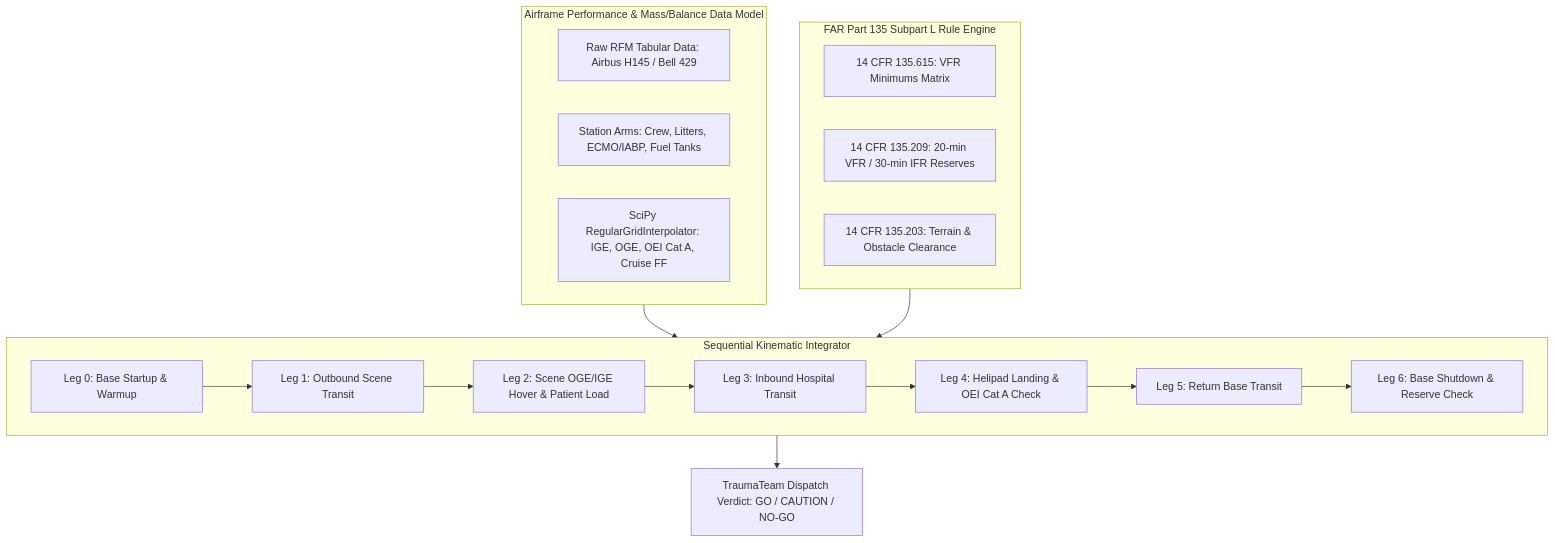
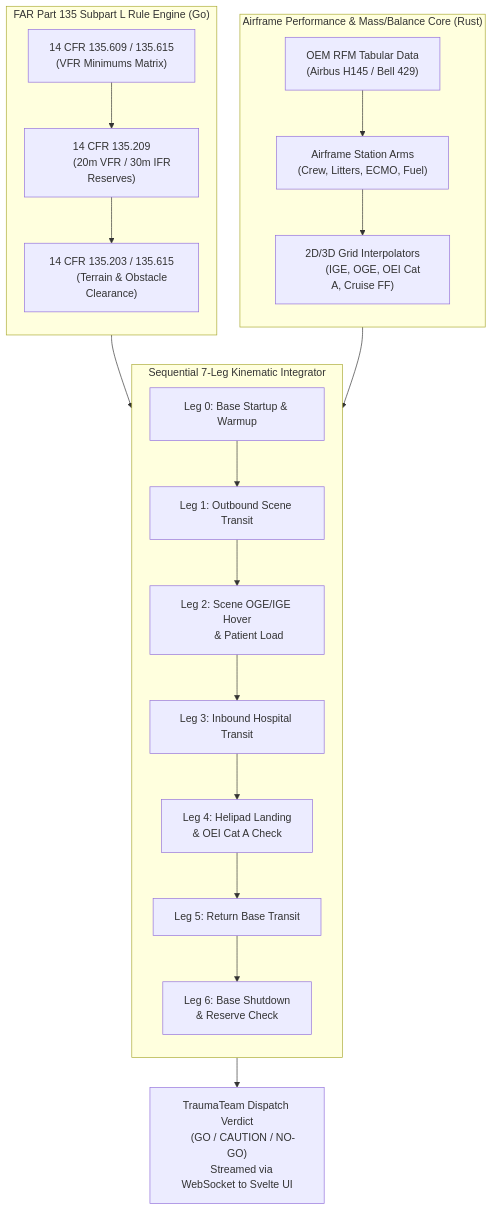
One commit to Cappuccino-san/Trauma-Team changed the diagram in README.md. Above: the diagram before and after it, drawn with Mermaid. The commit also changed other lines of this file and 2 other files, not shown here.

Commit message:
Update README System Architecture and format Mermaid diagram nodes for clear legibility

````diff
--- a/README.md
+++ b/README.md
@@ -19,27 +19,48 @@
 ```mermaid
+%%{init: {'flowchart': {'nodeSpacing': 35, 'rankSpacing': 45, 'padding': 16}}}%%
 flowchart TD
-    subgraph Data_Model ["Airframe Performance & Mass/Balance Data Model"]
-        RFM[Raw RFM Tabular Data: Airbus H145 / Bell 429]
-        STATIONS[Station Arms: Crew, Litters, ECMO/IABP, Fuel Tanks]
-        INTERP[SciPy RegularGridInterpolator: IGE, OGE, OEI Cat A, Cruise FF]
+    subgraph Data_Model ["Airframe Performance & Mass/Balance Core (Rust)"]
+        direction TB
+        RFM["OEM RFM Tabular Data
+        (Airbus H145 / Bell 429)"]
+        STATIONS["Airframe Station Arms
+        (Crew, Litters, ECMO, Fuel)"]
+        INTERP["2D/3D Grid Interpolators
+        (IGE, OGE, OEI Cat A, Cruise FF)"]
+        RFM --> STATIONS --> INTERP
     end
 
-    subgraph State_Machine ["Sequential Kinematic Integrator"]
-        LEG0[Leg 0: Base Startup & Warmup] --> LEG1[Leg 1: Outbound Scene Transit]
-        LEG1 --> LEG2[Leg 2: Scene OGE/IGE Hover & Patient Load]
-        LEG2 --> LEG3[Leg 3: Inbound Hospital Transit]
-        LEG3 --> LEG4[Leg 4: Helipad Landing & OEI Cat A Check]
-        LEG4 --> LEG5[Leg 5: Return Base Transit]
-        LEG5 --> LEG6[Leg 6: Base Shutdown & Reserve Check]
+    subgraph Regulatory_Engine ["FAR Part 135 Subpart L Rule Engine (Go)"]
+        direction TB
+        FAR615["14 CFR 135.609 / 135.615
+        (VFR Minimums Matrix)"]
+        FAR209["14 CFR 135.209
+        (20m VFR / 30m IFR Reserves)"]
+        TERRAIN["14 CFR 135.203 / 135.615
+        (Terrain & Obstacle Clearance)"]
+        FAR615 --> FAR209 --> TERRAIN
     end
 
-    subgraph Regulatory_Engine ["FAR Part 135 Subpart L Rule Engine"]
-        FAR615[14 CFR 135.615: VFR Minimums Matrix]
-        FAR209[14 CFR 135.209: 20-min VFR / 30-min IFR Reserves]
-        TERRAIN[14 CFR 135.203: Terrain & Obstacle Clearance]
+    subgraph State_Machine ["Sequential 7-Leg Kinematic Integrator"]
+        direction TB
+        LEG0["Leg 0: Base Startup & Warmup"]
+        LEG1["Leg 1: Outbound Scene Transit"]
+        LEG2["Leg 2: Scene OGE/IGE Hover
+        & Patient Load"]
+        LEG3["Leg 3: Inbound Hospital Transit"]
+        LEG4["Leg 4: Helipad Landing
+        & OEI Cat A Check"]
+        LEG5["Leg 5: Return Base Transit"]
+        LEG6["Leg 6: Base Shutdown
+        & Reserve Check"]
+        LEG0 --> LEG1 --> LEG2 --> LEG3 --> LEG4 --> LEG5 --> LEG6
     end
 
-    Data_Model --> State_Machine
-    Regulatory_Engine --> State_Machine
-    State_Machine --> DECISION[TraumaTeam Dispatch Verdict: GO / CAUTION / NO-GO]
+    DECISION["TraumaTeam Dispatch Verdict
+    (GO / CAUTION / NO-GO)
+    Streamed via WebSocket to Svelte UI"]
+
+    INTERP --> LEG0
+    TERRAIN --> LEG0
+    LEG6 --> DECISION
 ```
````
